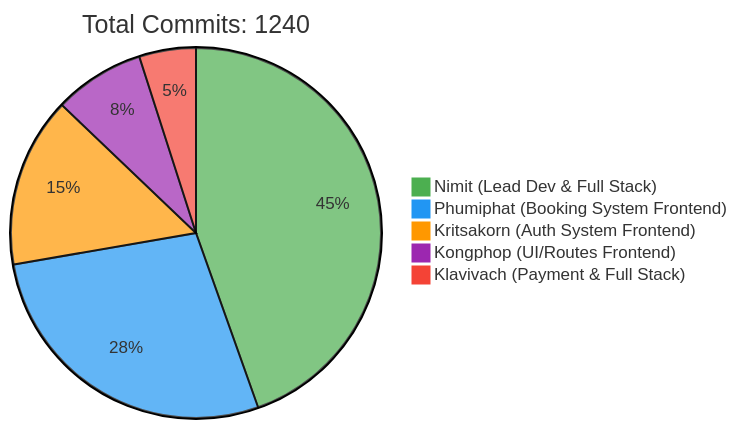
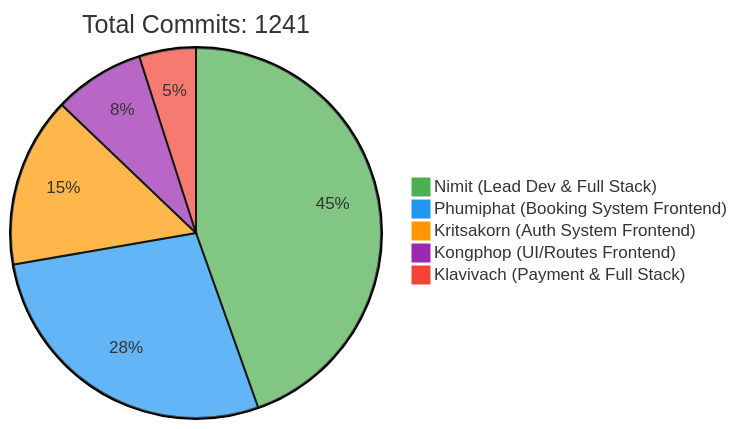
The first of 2 diagrams in README.md (6531503042/Sport-Complex), drawn with Mermaid before and after one commit. The commit also changed other lines of this file, not shown here.

Commit message:
docs: Update contributor statistics [skip ci]

````diff
--- a/README.md
+++ b/README.md
@@ -257,10 +257,10 @@
 ```mermaid
 %%{init: {'theme': 'base', 'themeVariables': { 'pie1': '#4CAF50', 'pie2': '#2196F3', 'pie3': '#FF9800', 'pie4': '#9C27B0', 'pie5': '#F44336'}}}%%
 pie
-    title Total Commits: 1240
+    title Total Commits: 1241
     "Nimit (Lead Dev & Full Stack)" : 450
     "Phumiphat (Booking System Frontend)" : 280
     "Kritsakorn (Auth System Frontend)" : 150
     "Kongphop (UI/Routes Frontend)" : 80
     "Klavivach (Payment & Full Stack)" : 50
 ```
````
